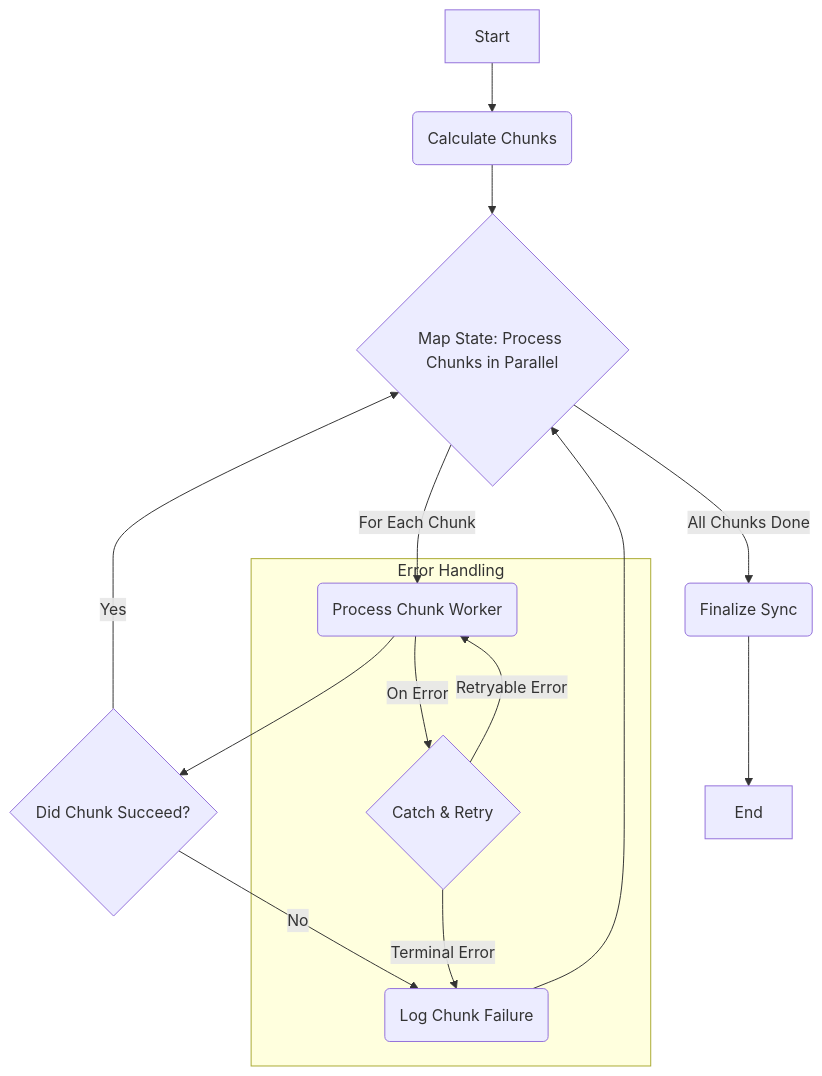
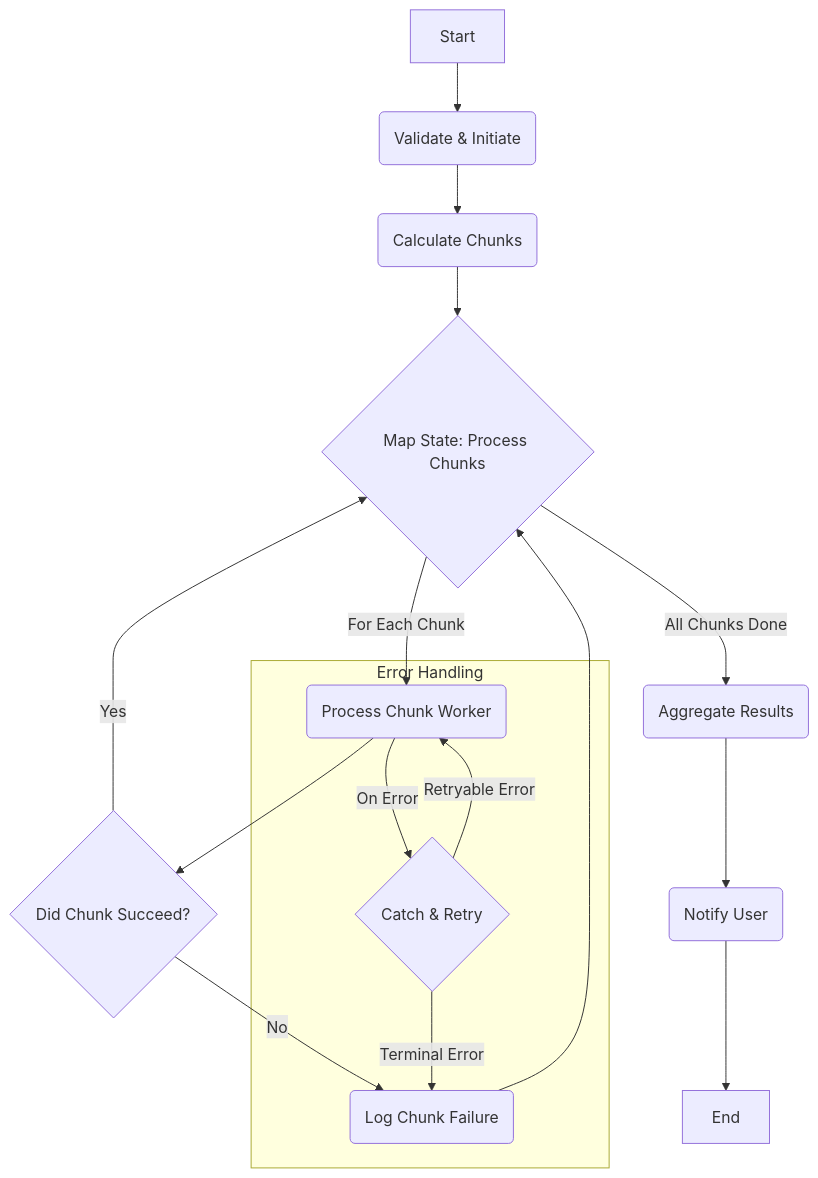
Before and after one commit to dino10bit/healthsync: the diagram in 45-future-enhancements.md, drawn with Mermaid. The commit also changed other lines of this file and 5 other files, not shown here.

````diff
--- a/45-future-enhancements.md
+++ b/45-future-enhancements.md
@@ -122,18 +233,20 @@
 ```mermaid
 graph TD
-    A[Start] --> B(Calculate Chunks);
-    B --> C{Map State: Process Chunks in Parallel};
-    C -- For Each Chunk --> D(Process Chunk Worker);
-    D --> E{Did Chunk Succeed?};
-    E -- Yes --> C;
-    E -- No --> F(Log Chunk Failure);
-    F --> C;
-    C -- All Chunks Done --> G(Finalize Sync);
-    G --> H[End];
+    A[Start] --> B(Validate & Initiate);
+    B --> C(Calculate Chunks);
+    C --> D{Map State: Process Chunks};
+    D -- For Each Chunk --> E(Process Chunk Worker);
+    E --> F{Did Chunk Succeed?};
+    F -- Yes --> D;
+    F -- No --> G(Log Chunk Failure);
+    G --> D;
+    D -- All Chunks Done --> H(Aggregate Results);
+    H --> I(Notify User);
+    I --> J[End];
 
     subgraph Error Handling
-        D -- On Error --> I{Catch & Retry};
-        I -- Retryable Error --> D;
-        I -- Terminal Error --> F;
+        E -- On Error --> K{Catch & Retry};
+        K -- Retryable Error --> E;
+        K -- Terminal Error --> G;
     end
 ```
````
